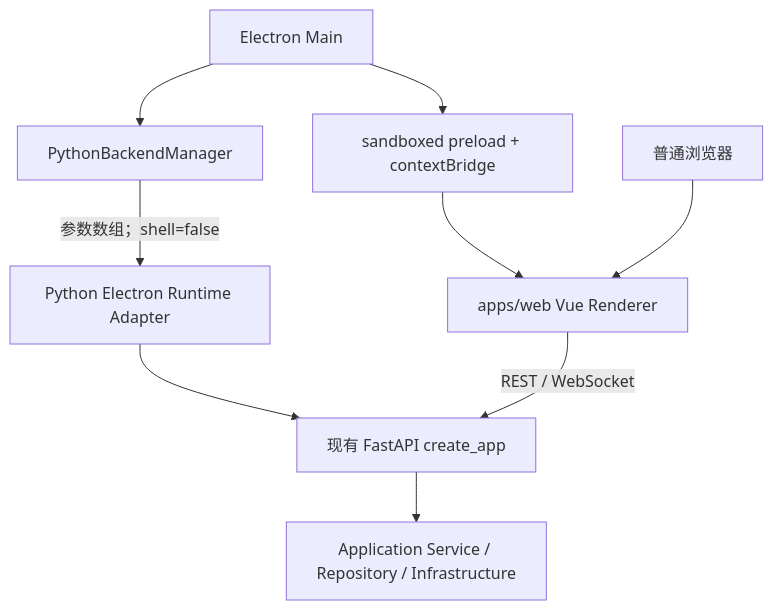
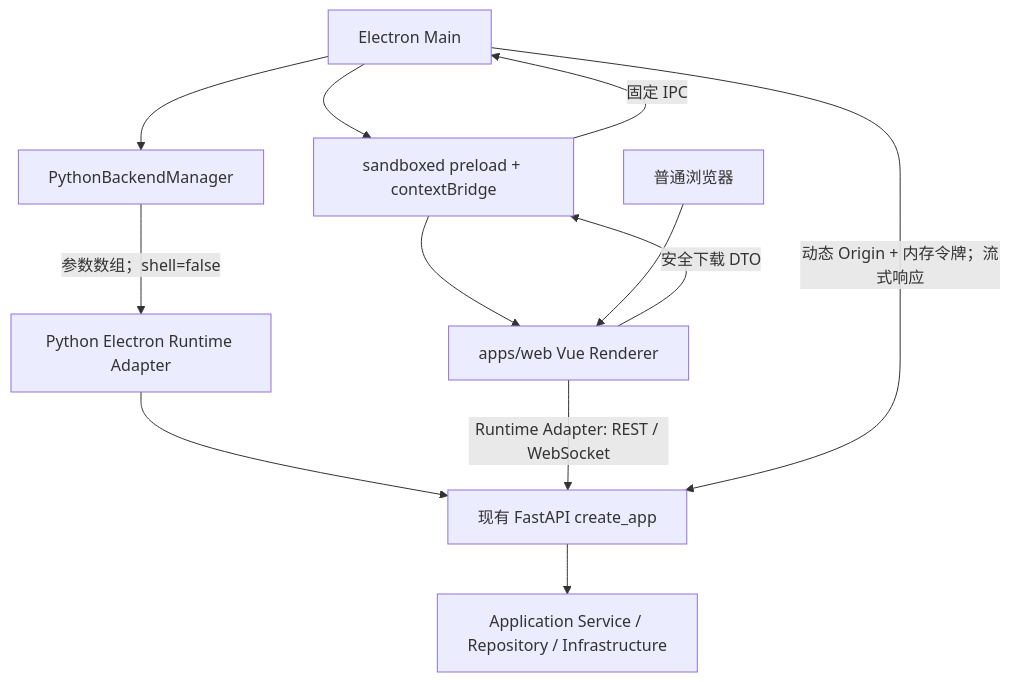
Before and after one commit to wxj183589/NetConsole: the diagram in docs/ELECTRON_DESKTOP.md, drawn with Mermaid. The commit also changed other lines of this file and 7 other files, not shown here.

````diff
--- a/docs/ELECTRON_DESKTOP.md
+++ b/docs/ELECTRON_DESKTOP.md
@@ -20,11 +20,14 @@
 ```mermaid
 flowchart TD
     EM["Electron Main"] --> PM["PythonBackendManager"]
     PM -->|"参数数组；shell=false"| PY["Python Electron Runtime Adapter"]
     PY --> API["现有 FastAPI create_app"]
     API --> AS["Application Service / Repository / Infrastructure"]
     EM --> PRE["sandboxed preload + contextBridge"]
     PRE --> VUE["apps/web Vue Renderer"]
-    VUE -->|"REST / WebSocket"| API
+    VUE -->|"Runtime Adapter: REST / WebSocket"| API
+    VUE -->|"安全下载 DTO"| PRE
+    PRE -->|"固定 IPC"| EM
+    EM -->|"动态 Origin + 内存令牌；流式响应"| API
     BROWSER["普通浏览器"] --> VUE
 ```
````
